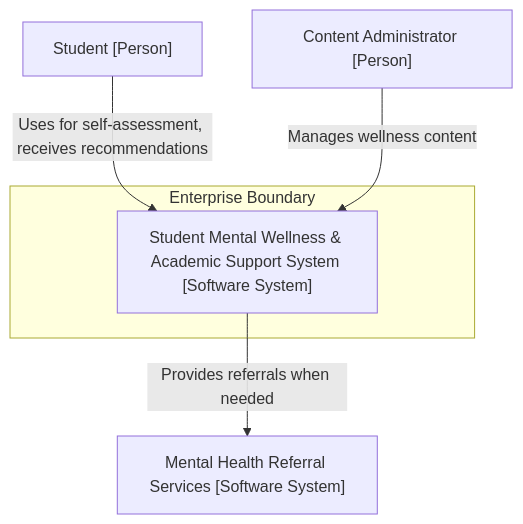
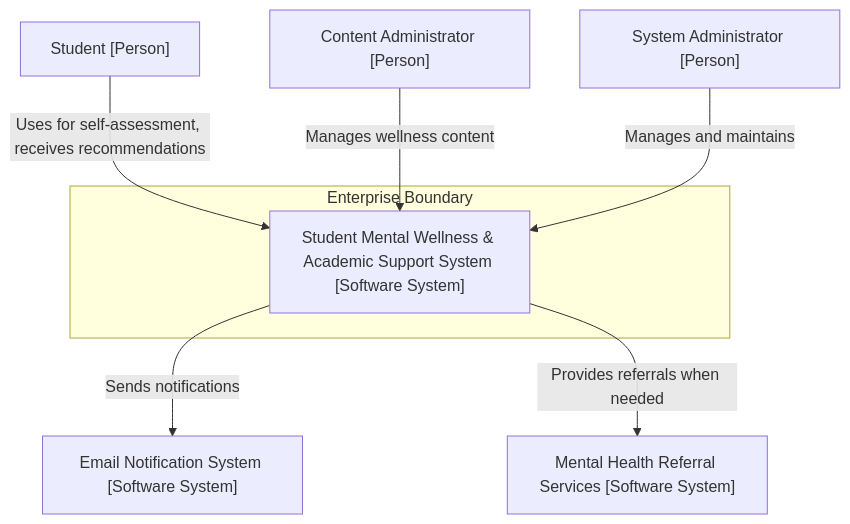
The fifth of 5 diagrams in ARCHITECTURE.md (ZiyandaPetela/Student_Mental_Wellness_Academic_Support_System), drawn with Mermaid before and after one commit.

````diff
--- a/ARCHITECTURE.md
+++ b/ARCHITECTURE.md
@@ -365,15 +365,19 @@
 ```mermaid
 graph TD
     Student["Student [Person]"]
     ContentAdmin["Content Administrator [Person]"]
+    Administrator["System Administrator [Person]"]
     SMWASS["Student Mental Wellness & Academic Support System [Software System]"]
+    EmailSystem["Email Notification System [Software System]"]
     ReferralServices["Mental Health Referral Services [Software System]"]
     
     Student -->|Uses for self-assessment, receives recommendations| SMWASS
     ContentAdmin -->|Manages wellness content| SMWASS
+    Administrator -->|Manages and maintains| SMWASS
+    SMWASS -->|Sends notifications| EmailSystem
     SMWASS -->|Provides referrals when needed| ReferralServices
     
     subgraph "Enterprise Boundary"
         SMWASS
     end
 ```
````
